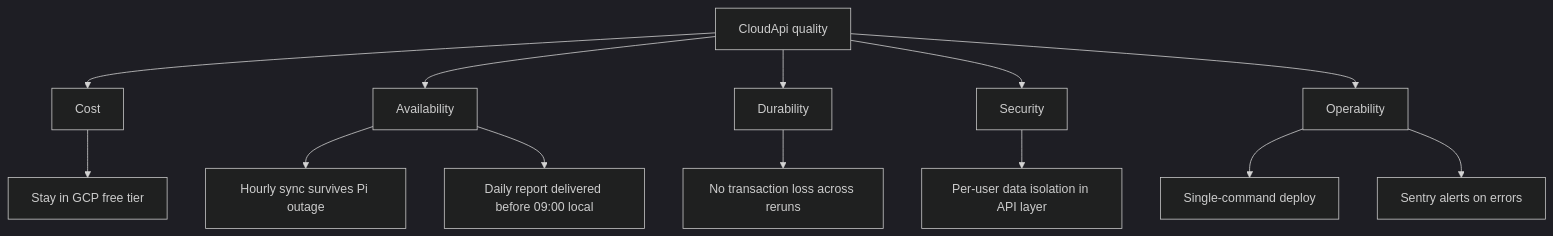
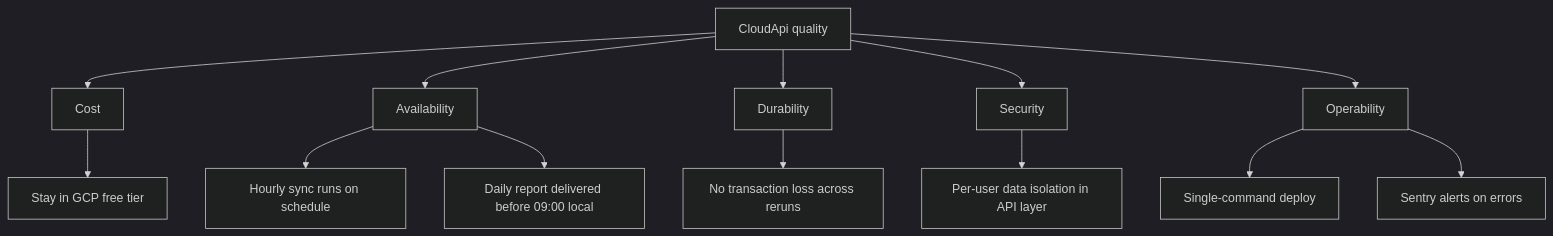
The eighth of 8 diagrams in docs/arc42.md (IuriiRR/MonoProjectCloud), drawn with Mermaid (dark theme) before and after one commit. The commit also changed other lines of this file and 53 other files, not shown here.

````diff
--- a/docs/arc42.md
+++ b/docs/arc42.md
@@ -619,17 +547,17 @@
 ```mermaid
 flowchart TD
   Q[CloudApi quality]
   Q --> Cost[Cost]
   Q --> Avail[Availability]
   Q --> Dur[Durability]
   Q --> Sec[Security]
   Q --> Op[Operability]
 
   Cost --> C1[Stay in GCP free tier]
-  Avail --> A1[Hourly sync survives Pi outage]
+  Avail --> A1[Hourly sync runs on schedule]
   Avail --> A2[Daily report delivered before 09:00 local]
   Dur --> D1[No transaction loss across reruns]
   Sec --> S1[Per-user data isolation in API layer]
   Op --> O1[Single-command deploy]
   Op --> O2[Sentry alerts on errors]
 ```
````
